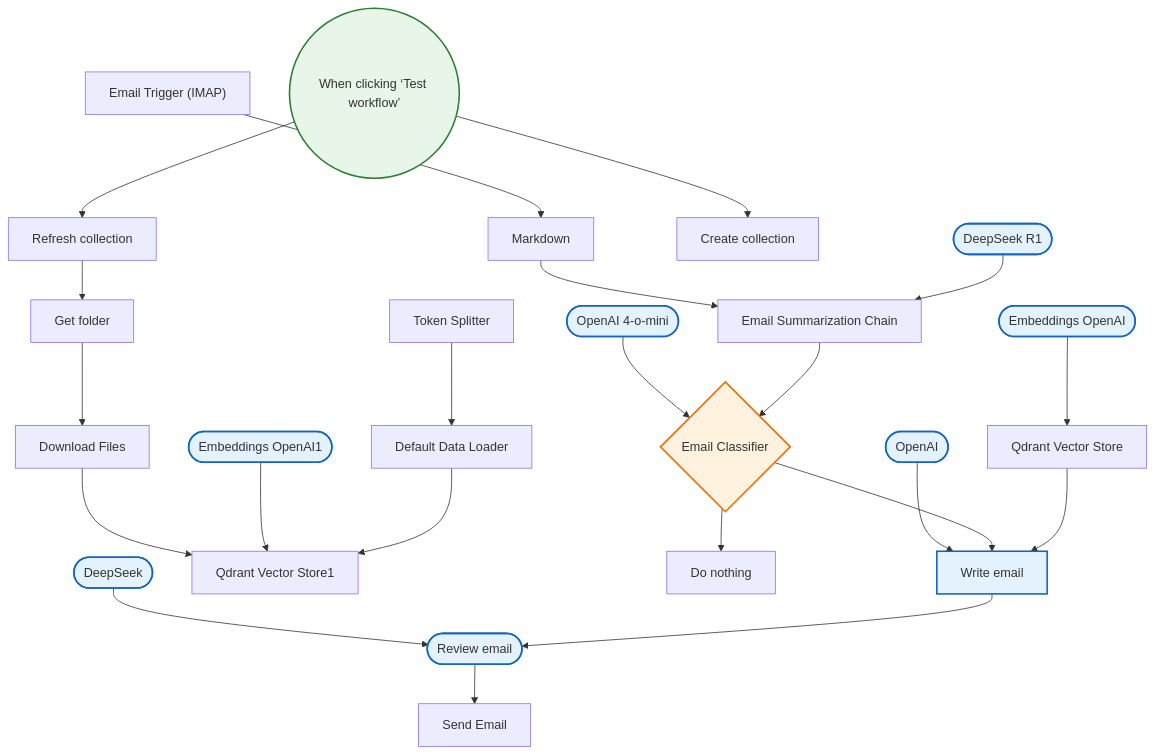
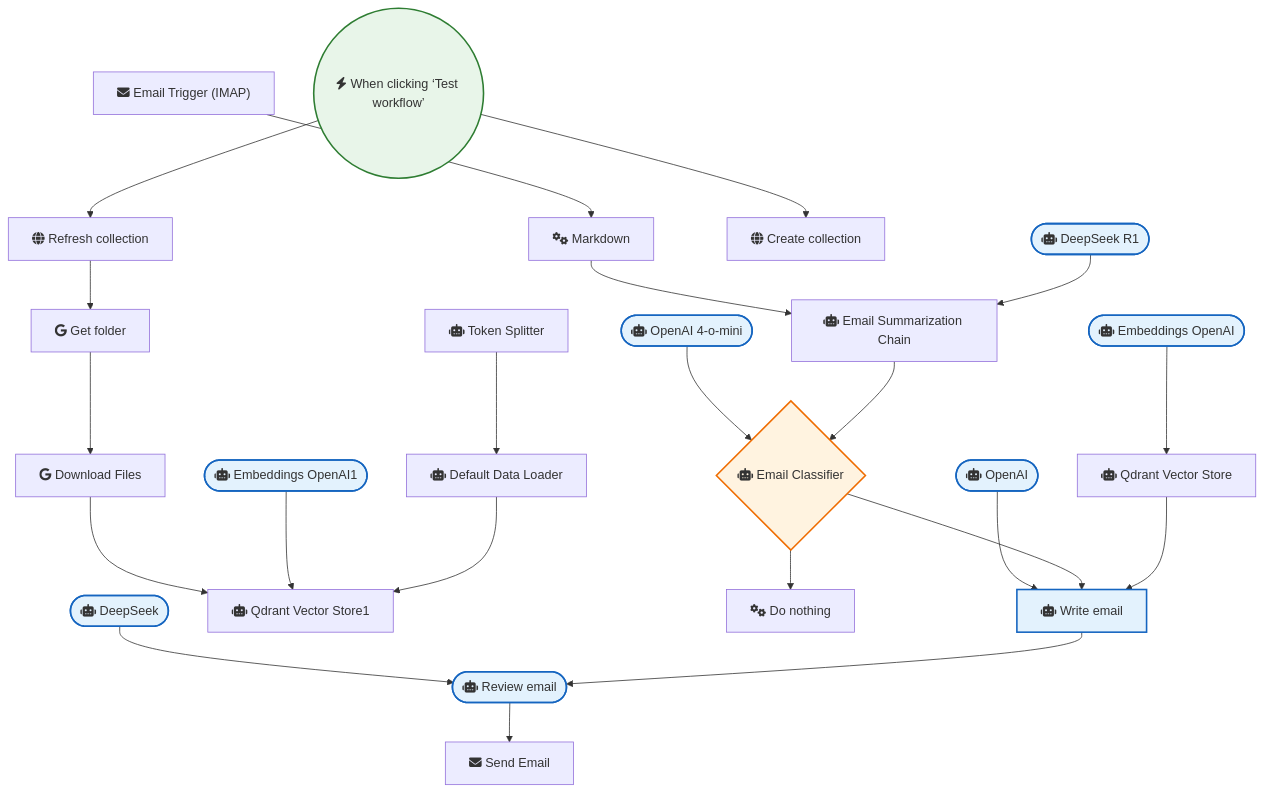
The diagram in OpenAI_and_LLMs/Email Ai Auto-responder Summerize and Send Email.md (sreyash3105/N8N-DEMO-AUTOMATIONS), drawn with Mermaid before and after one commit. The commit also changed 291 other files, not shown here.

````diff
--- a/OpenAI_and_LLMs/Email Ai Auto-responder Summerize and Send Email.md
+++ b/OpenAI_and_LLMs/Email Ai Auto-responder Summerize and Send Email.md
@@ -1,52 +1,52 @@
 ```mermaid
 graph TD
     classDef trigger fill:#e8f5e9,stroke:#2e7d32,stroke-width:2px;
     classDef ai fill:#e3f2fd,stroke:#1565c0,stroke-width:2px;
     classDef logic fill:#fff3e0,stroke:#ef6c00,stroke-width:2px;
 
-    Email_Trigger__IMAP_["Email Trigger (IMAP)"]
-    Markdown["Markdown"]
-    DeepSeek_R1(["DeepSeek R1"]):::ai
-    Send_Email["Send Email"]
-    Qdrant_Vector_Store["Qdrant Vector Store"]
-    Embeddings_OpenAI(["Embeddings OpenAI"]):::ai
-    Email_Classifier{"Email Classifier"}:::logic
-    Email_Summarization_Chain["Email Summarization Chain"]
-    Write_email["Write email"]:::ai
-    Review_email(["Review email"]):::ai
-    When_clicking__Test_workflow_(("When clicking ‘Test workflow’")):::trigger
-    Create_collection["Create collection"]
-    Refresh_collection["Refresh collection"]
-    Get_folder["Get folder"]
-    Download_Files["Download Files"]
-    Default_Data_Loader["Default Data Loader"]
-    Token_Splitter["Token Splitter"]
-    Qdrant_Vector_Store1["Qdrant Vector Store1"]
-    Embeddings_OpenAI1(["Embeddings OpenAI1"]):::ai
-    Do_nothing["Do nothing"]
-    OpenAI(["OpenAI"]):::ai
-    DeepSeek(["DeepSeek"]):::ai
-    OpenAI_4_o_mini(["OpenAI 4-o-mini"]):::ai
+    Email_Trigger__IMAP_["fas:fa-envelope Email Trigger (IMAP)"]
+    Markdown["fas:fa-cogs Markdown"]
+    DeepSeek_R1(["fas:fa-robot DeepSeek R1"]):::ai
+    Send_Email["fas:fa-envelope Send Email"]
+    Qdrant_Vector_Store["fas:fa-robot Qdrant Vector Store"]
+    Embeddings_OpenAI(["fas:fa-robot Embeddings OpenAI"]):::ai
+    Email_Classifier{"fas:fa-robot Email Classifier"}:::logic
+    Email_Summarization_Chain["fas:fa-robot Email Summarization Chain"]
+    Write_email["fas:fa-robot Write email"]:::ai
+    Review_email(["fas:fa-robot Review email"]):::ai
+    When_clicking__Test_workflow_(("fas:fa-bolt When clicking ‘Test workflow’")):::trigger
+    Create_collection["fas:fa-globe Create collection"]
+    Refresh_collection["fas:fa-globe Refresh collection"]
+    Get_folder["fab:fa-google Get folder"]
+    Download_Files["fab:fa-google Download Files"]
+    Default_Data_Loader["fas:fa-robot Default Data Loader"]
+    Token_Splitter["fas:fa-robot Token Splitter"]
+    Qdrant_Vector_Store1["fas:fa-robot Qdrant Vector Store1"]
+    Embeddings_OpenAI1(["fas:fa-robot Embeddings OpenAI1"]):::ai
+    Do_nothing["fas:fa-cogs Do nothing"]
+    OpenAI(["fas:fa-robot OpenAI"]):::ai
+    DeepSeek(["fas:fa-robot DeepSeek"]):::ai
+    OpenAI_4_o_mini(["fas:fa-robot OpenAI 4-o-mini"]):::ai
 
     OpenAI --> Write_email
     DeepSeek --> Review_email
     Markdown --> Email_Summarization_Chain
     Get_folder --> Download_Files
     DeepSeek_R1 --> Email_Summarization_Chain
     Write_email --> Review_email
     Review_email --> Send_Email
     Download_Files --> Qdrant_Vector_Store1
     Token_Splitter --> Default_Data_Loader
     OpenAI_4_o_mini --> Email_Classifier
     Email_Classifier --> Write_email
     Email_Classifier --> Do_nothing
     Embeddings_OpenAI --> Qdrant_Vector_Store
     Embeddings_OpenAI1 --> Qdrant_Vector_Store1
     Refresh_collection --> Get_folder
     Default_Data_Loader --> Qdrant_Vector_Store1
     Qdrant_Vector_Store --> Write_email
     Email_Trigger__IMAP_ --> Markdown
     Email_Summarization_Chain --> Email_Classifier
     When_clicking__Test_workflow_ --> Create_collection
     When_clicking__Test_workflow_ --> Refresh_collection
 ```
````
